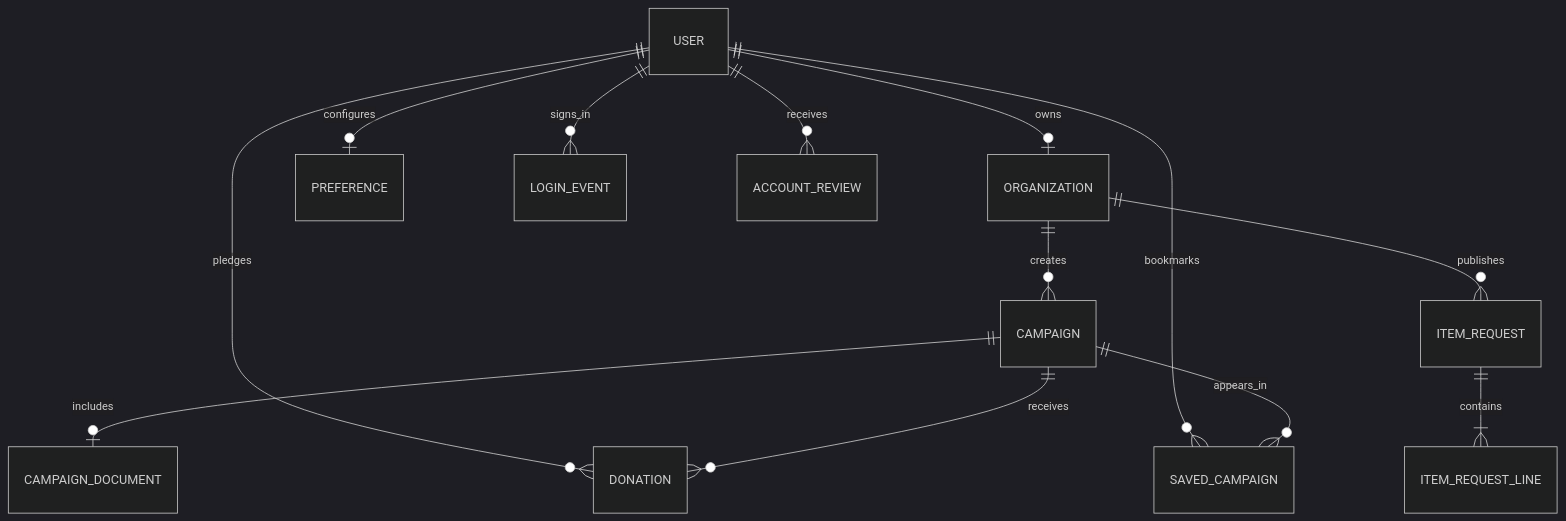
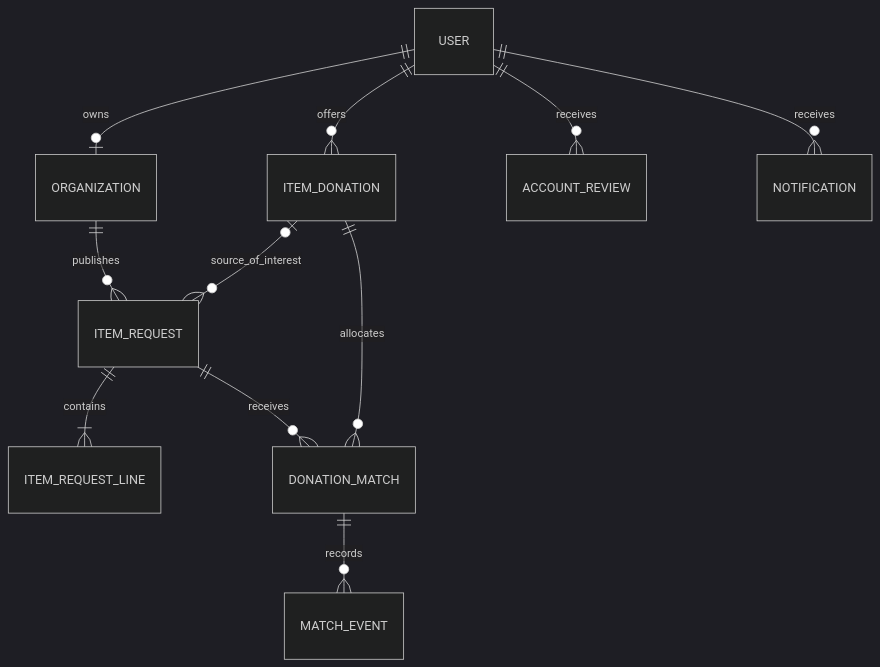
The diagram in db/README.md (pujithab27/SmartDonationSystem), drawn with Mermaid (dark theme) before and after one commit. The commit also changed other lines of this file and 4 other files, not shown here.

````diff
--- a/db/README.md
+++ b/db/README.md
@@ -28,15 +34,13 @@
 ```mermaid
 erDiagram
     USER ||--o| ORGANIZATION : owns
-    USER ||--o| PREFERENCE : configures
-    USER ||--o{ LOGIN_EVENT : signs_in
+    USER ||--o{ ITEM_DONATION : offers
     USER ||--o{ ACCOUNT_REVIEW : receives
-    ORGANIZATION ||--o{ CAMPAIGN : creates
+    USER ||--o{ NOTIFICATION : receives
     ORGANIZATION ||--o{ ITEM_REQUEST : publishes
+    ITEM_DONATION o|--o{ ITEM_REQUEST : source_of_interest
     ITEM_REQUEST ||--|{ ITEM_REQUEST_LINE : contains
-    CAMPAIGN ||--o| CAMPAIGN_DOCUMENT : includes
-    USER ||--o{ DONATION : pledges
-    CAMPAIGN ||--o{ DONATION : receives
-    USER ||--o{ SAVED_CAMPAIGN : bookmarks
-    CAMPAIGN ||--o{ SAVED_CAMPAIGN : appears_in
+    ITEM_DONATION ||--o{ DONATION_MATCH : allocates
+    ITEM_REQUEST ||--o{ DONATION_MATCH : receives
+    DONATION_MATCH ||--o{ MATCH_EVENT : records
 ```
````
